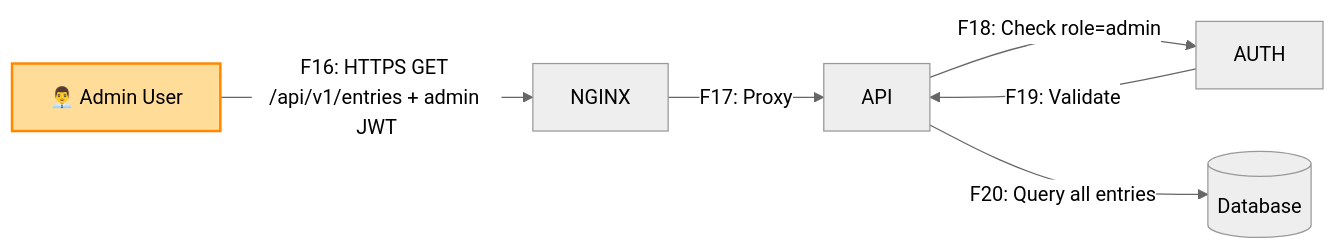
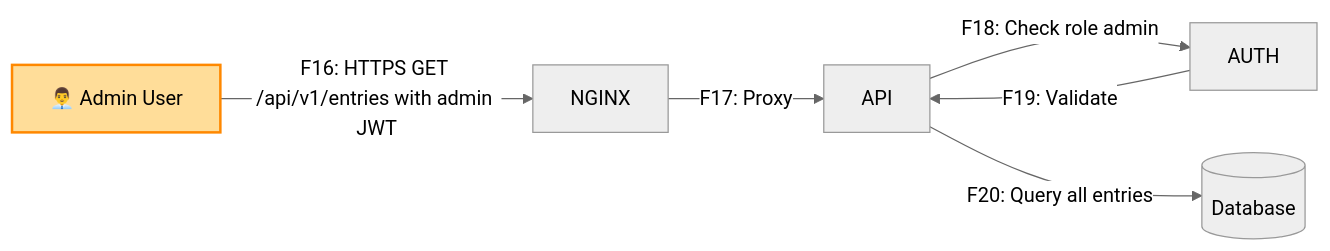
Before and after one commit to NKChyong/rbpoProject: the second of 2 diagrams in docs/threat-model/DFD.md, drawn with Mermaid (neutral theme). The commit also changed other lines of this file, not shown here.

Commit message:
P04 fix(mermaid): remove special characters from edge labels

````diff
--- a/docs/threat-model/DFD.md
+++ b/docs/threat-model/DFD.md
@@ -184,10 +184,10 @@
 ```mermaid
 flowchart LR
-    ADMIN[👨‍💼 Admin User] -->|F16: HTTPS GET /api/v1/entries + admin JWT| NGINX
+    ADMIN[👨‍💼 Admin User] -->|F16: HTTPS GET /api/v1/entries with admin JWT| NGINX
     NGINX -->|F17: Proxy| API
-    API -->|F18: Check role=admin| AUTH
+    API -->|F18: Check role admin| AUTH
     AUTH -->|F19: Validate| API
     API -->|F20: Query all entries| DB[(Database)]
 
     style ADMIN fill:#ffdd99,stroke:#ff8800,stroke-width:2px
 ```
````
